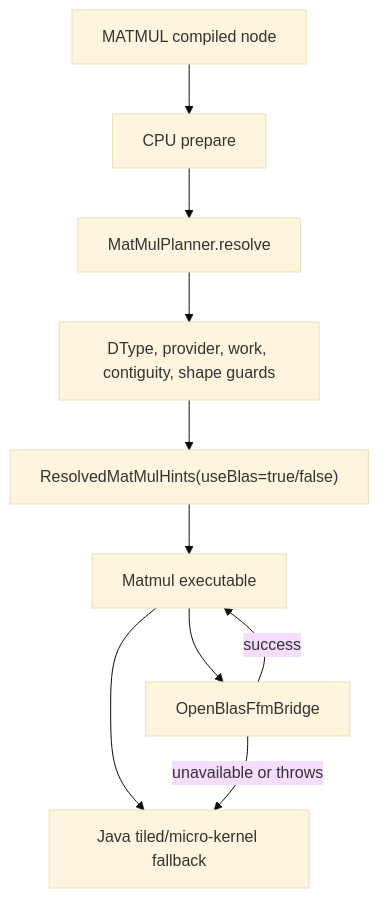
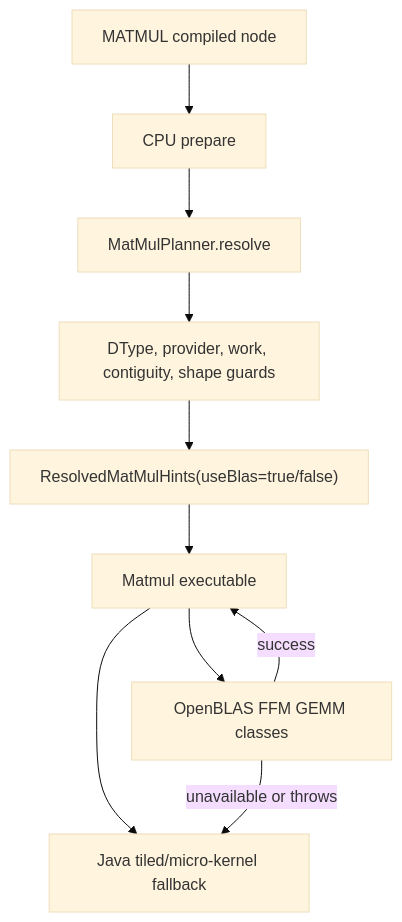
The second of 2 diagrams in docs/native-bridges-and-blas.md (pho001/Synaptik), drawn with Mermaid (base theme) before and after one commit. The commit also changed other lines of this file and 7 other files, not shown here.

Commit message:
docs: update OpenBLAS FFM split references

````diff
--- a/docs/native-bridges-and-blas.md
+++ b/docs/native-bridges-and-blas.md
@@ -719,21 +725,21 @@
 ```mermaid
 flowchart TD
     Node["MATMUL compiled node"]
     Prepare["CPU prepare"]
     Planner["MatMulPlanner.resolve"]
     Gate["DType, provider, work, contiguity, shape guards"]
     Metadata["ResolvedMatMulHints(useBlas=true/false)"]
     Execute["Matmul executable"]
-    Bridge["OpenBlasFfmBridge"]
+    Bridge["OpenBLAS FFM GEMM classes"]
     JavaFallback["Java tiled/micro-kernel fallback"]
 
     Node --> Prepare
     Prepare --> Planner
     Planner --> Gate
     Gate --> Metadata
     Metadata --> Execute
     Execute --> Bridge
     Execute --> JavaFallback
     Bridge -->|success| Execute
     Bridge -->|unavailable or throws| JavaFallback
 ```
````
